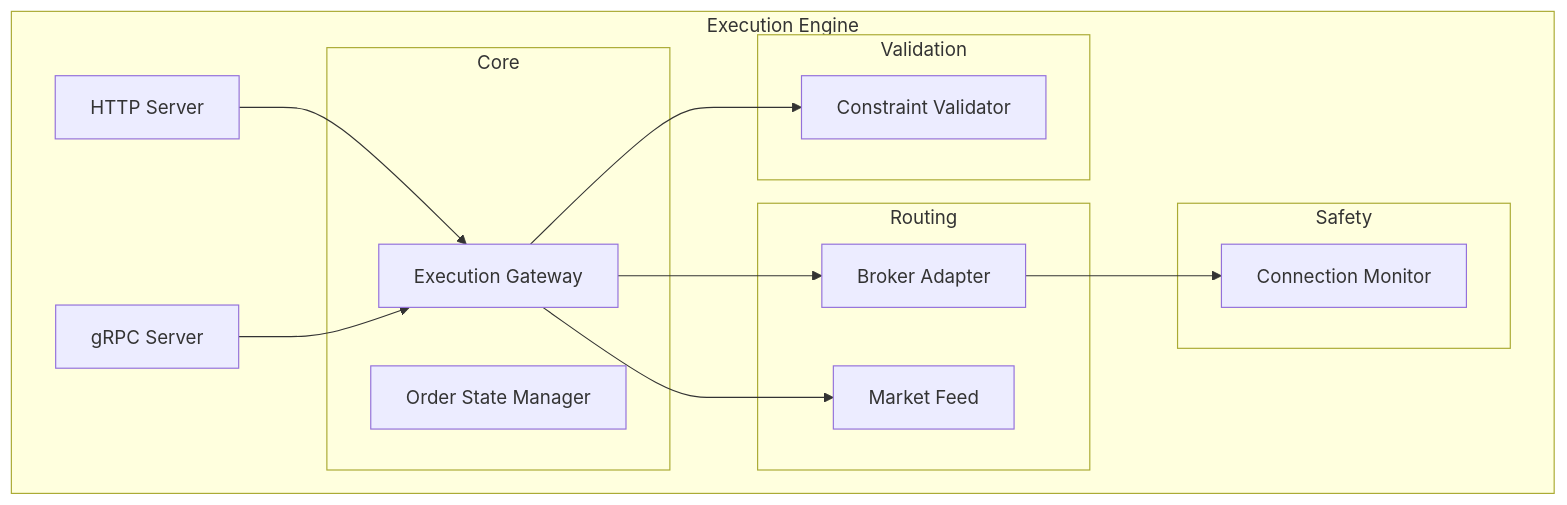
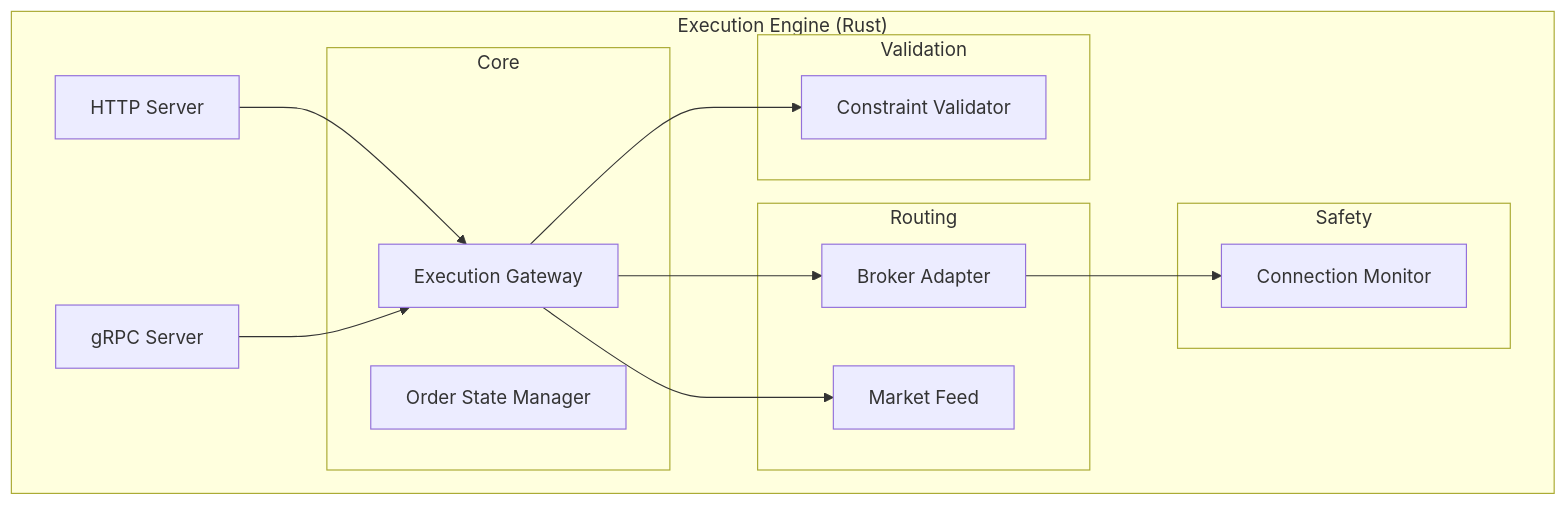
Before and after one commit to ccheney/cream: the seventh of 15 diagrams in ARCHITECTURE.md, drawn with Mermaid. The commit also changed other lines of this file and 30 other files, not shown here.

First line of the commit message:
feat(storage): enhance README with architecture, environment isolation, and repository patterns

````diff
--- a/ARCHITECTURE.md
+++ b/ARCHITECTURE.md
@@ -251,32 +330,32 @@
 ```mermaid
 flowchart TB
-    subgraph Engine["Execution Engine"]
+    subgraph Engine["Execution Engine (Rust)"]
         HTTP[HTTP Server]
         GRPC[gRPC Server]
 
         subgraph Core
             Gateway[Execution Gateway]
             State[Order State Manager]
         end
 
         subgraph Validation
             Constraints[Constraint Validator]
         end
 
         subgraph Routing
             Adapter[Broker Adapter]
             Feed[Market Feed]
         end
 
         subgraph Safety
             Monitor[Connection Monitor]
         end
     end
 
     HTTP --> Gateway
     GRPC --> Gateway
     Gateway --> Constraints
     Gateway --> Adapter
     Gateway --> Feed
     Adapter --> Monitor
 ```
````
